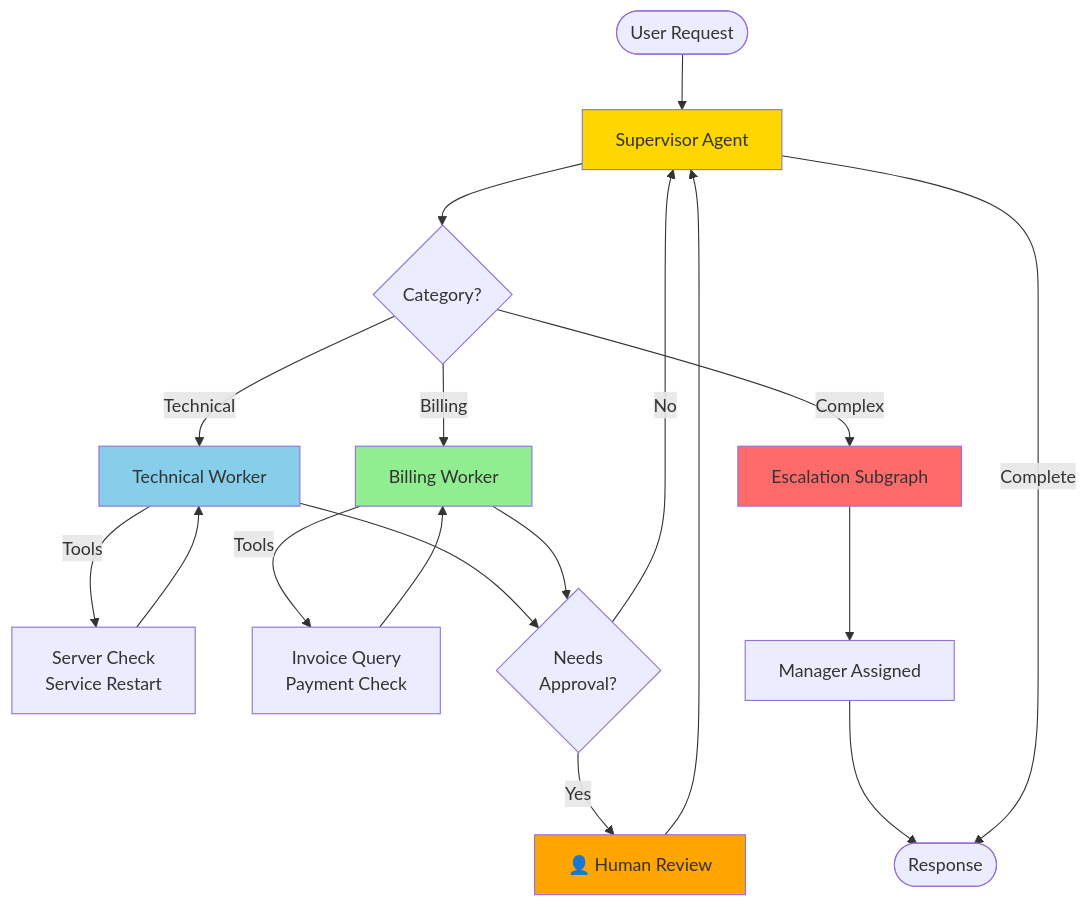
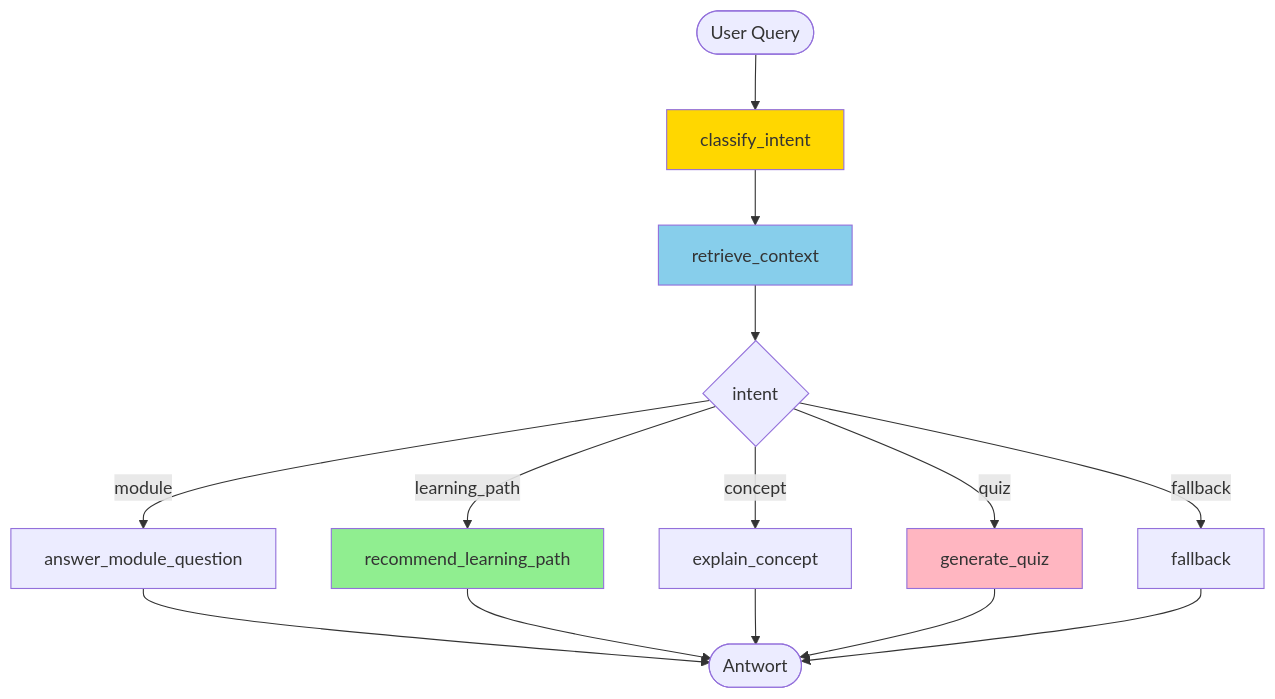
One commit to ralf-42/Agenten changed the diagram in docs/projekte/Agenten_Workshop.md. Above: the diagram before and after it, drawn with Mermaid. The commit also changed other lines of this file and 11 other files, not shown here.

````diff
--- a/docs/projekte/Agenten_Workshop.md
+++ b/docs/projekte/Agenten_Workshop.md
@@ -696,34 +630,23 @@
 ```mermaid
-graph TB
-    START([User Request]) --> SUP[Supervisor Agent]
+flowchart TD
+    START([User Query]) --> INTENT[classify_intent]
+    INTENT --> RETRIEVE[retrieve_context]
+    RETRIEVE --> ROUTE{intent}
 
-    SUP --> ROUTE{Category?}
+    ROUTE -->|module| MOD[answer_module_question]
+    ROUTE -->|learning_path| PATH[recommend_learning_path]
+    ROUTE -->|concept| CON[explain_concept]
+    ROUTE -->|quiz| QUIZ[generate_quiz]
+    ROUTE -->|fallback| FALL[fallback]
 
-    ROUTE -->|Technical| TECH[Technical Worker]
-    ROUTE -->|Billing| BILL[Billing Worker]
-    ROUTE -->|Complex| ESC[Escalation Subgraph]
+    MOD --> FINISH([Antwort])
+    PATH --> FINISH
+    CON --> FINISH
+    QUIZ --> FINISH
+    FALL --> FINISH
 
-    TECH -->|Tools| TOOLS1[Server Check<br/>Service Restart]
-    BILL -->|Tools| TOOLS2[Invoice Query<br/>Payment Check]
-
-    TOOLS1 --> TECH
-    TOOLS2 --> BILL
-
-    TECH --> APPROVAL{Needs<br/>Approval?}
-    BILL --> APPROVAL
-
-    APPROVAL -->|Yes| HUMAN[👤 Human Review]
-    APPROVAL -->|No| SUP
-
-    HUMAN --> SUP
-    ESC --> MANAGER[Manager Assigned]
-    MANAGER --> FINISH([Response])
-
-    SUP -->|Complete| FINISH
-
-    style SUP fill:#FFD700
-    style TECH fill:#87CEEB
-    style BILL fill:#90EE90
-    style HUMAN fill:#FFA500
-    style ESC fill:#ff6b6b
+    style INTENT fill:#FFD700
+    style RETRIEVE fill:#87CEEB
+    style PATH fill:#90EE90
+    style QUIZ fill:#FFB6C1
 ```
````
